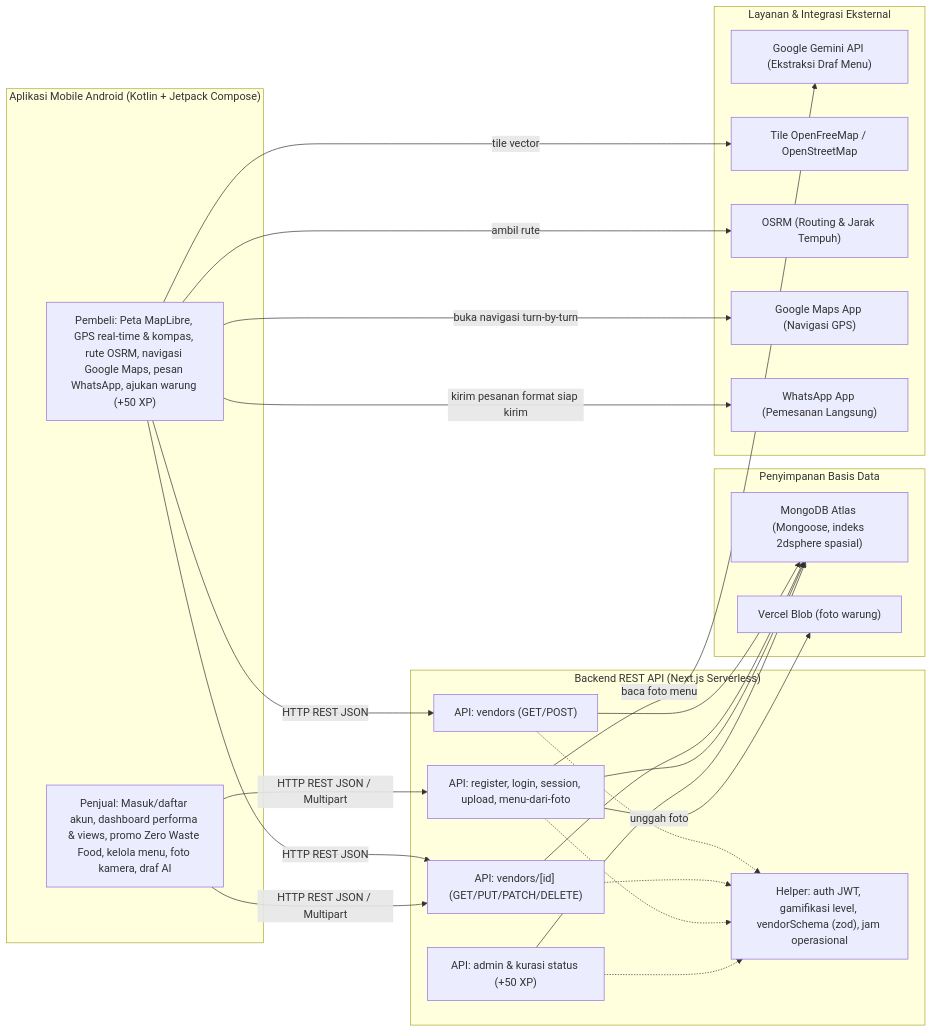
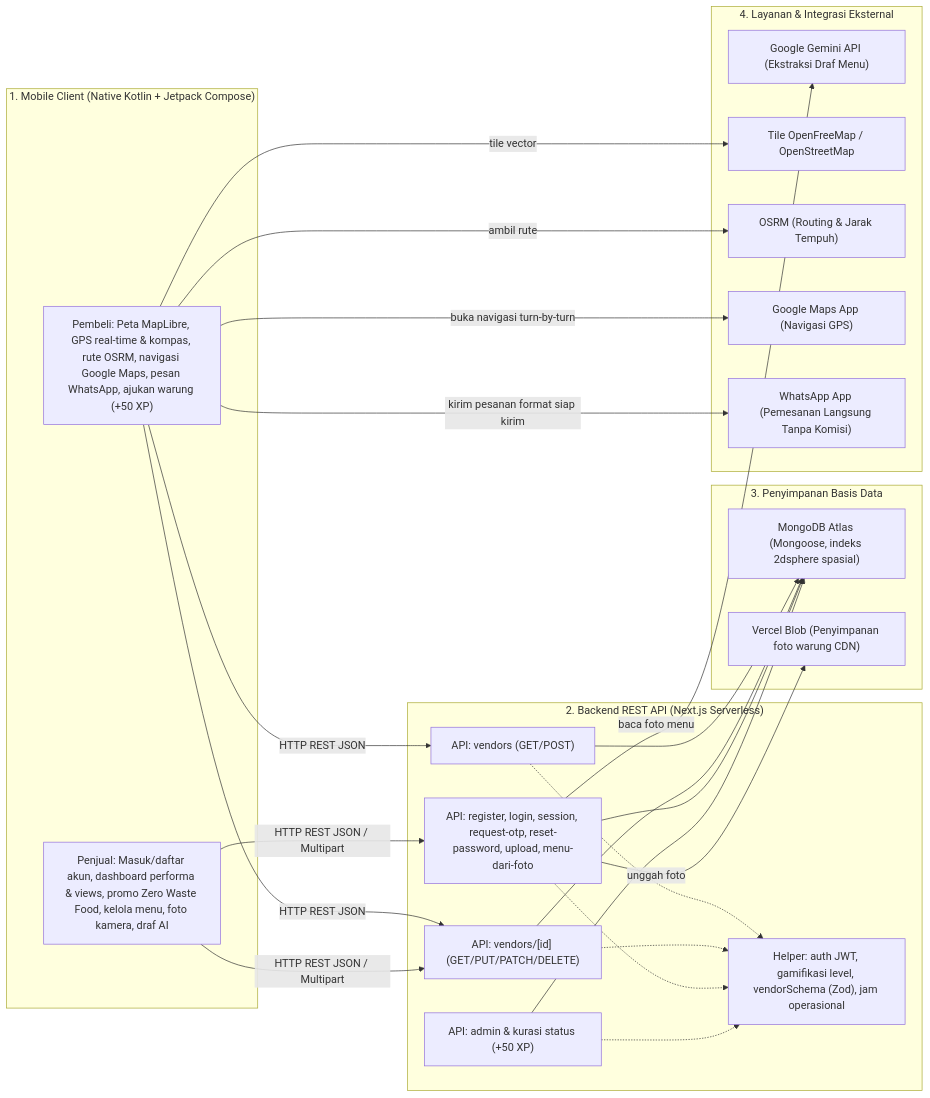
The first of 3 diagrams in README.md (nikd7690-ops/web-cari-jajan), drawn with Mermaid before and after one commit. The commit also changed other lines of this file, not shown here.

Commit message:
docs: complete technical, frontend, backend schema, and localhost guide

````diff
--- a/README.md
+++ b/README.md
@@ -134,48 +109,48 @@
 ```mermaid
 flowchart LR
-  subgraph MobileApp["Aplikasi Mobile Android (Kotlin + Jetpack Compose)"]
+  subgraph MobileApp["1. Mobile Client (Native Kotlin + Jetpack Compose)"]
     P1["Pembeli: Peta MapLibre, GPS real-time & kompas, rute OSRM, navigasi Google Maps, pesan WhatsApp, ajukan warung (+50 XP)"]
     P2["Penjual: Masuk/daftar akun, dashboard performa & views, promo Zero Waste Food, kelola menu, foto kamera, draf AI"]
   end
 
-  subgraph Server["Backend REST API (Next.js Serverless)"]
+  subgraph Server["2. Backend REST API (Next.js Serverless)"]
     R1["API: vendors (GET/POST)"]
     R2["API: vendors/[id] (GET/PUT/PATCH/DELETE)"]
-    R3["API: register, login, session, upload, menu-dari-foto"]
+    R3["API: register, login, session, request-otp, reset-password, upload, menu-dari-foto"]
     R4["API: admin & kurasi status (+50 XP)"]
-    H1["Helper: auth JWT, gamifikasi level, vendorSchema (zod), jam operasional"]
+    H1["Helper: auth JWT, gamifikasi level, vendorSchema (Zod), jam operasional"]
   end
 
-  subgraph Data["Penyimpanan Basis Data"]
+  subgraph Data["3. Penyimpanan Basis Data"]
     M["MongoDB Atlas (Mongoose, indeks 2dsphere spasial)"]
-    B["Vercel Blob (foto warung)"]
+    B["Vercel Blob (Penyimpanan foto warung CDN)"]
   end
 
-  subgraph External["Layanan & Integrasi Eksternal"]
+  subgraph External["4. Layanan & Integrasi Eksternal"]
     G["Google Gemini API (Ekstraksi Draf Menu)"]
     O["Tile OpenFreeMap / OpenStreetMap"]
     RO["OSRM (Routing & Jarak Tempuh)"]
     GM["Google Maps App (Navigasi GPS)"]
-    W["WhatsApp App (Pemesanan Langsung)"]
+    W["WhatsApp App (Pemesanan Langsung Tanpa Komisi)"]
   end
 
   P1 -->|HTTP REST JSON| R1
   P1 -->|HTTP REST JSON| R2
   P2 -->|HTTP REST JSON / Multipart| R2
   P2 -->|HTTP REST JSON / Multipart| R3
   P1 -->|tile vector| O
   P1 -->|ambil rute| RO
   P1 -->|buka navigasi turn-by-turn| GM
   P1 -->|kirim pesanan format siap kirim| W
 
   R1 --> M
   R2 --> M
   R3 --> M
   R4 --> M
   R3 -->|unggah foto| B
   R3 -->|baca foto menu| G
   R1 -.-> H1
   R2 -.-> H1
   R3 -.-> H1
   R4 -.-> H1
 ```
````
